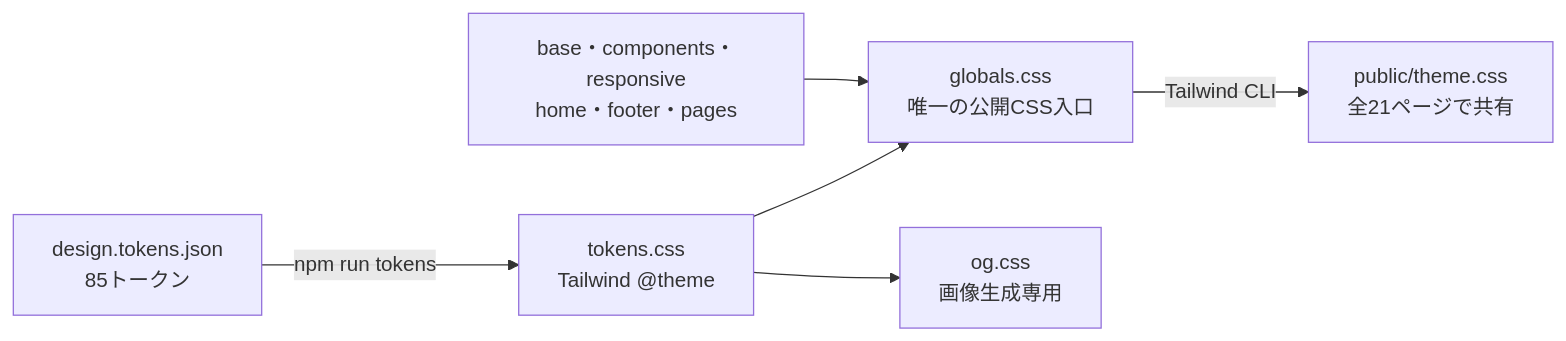
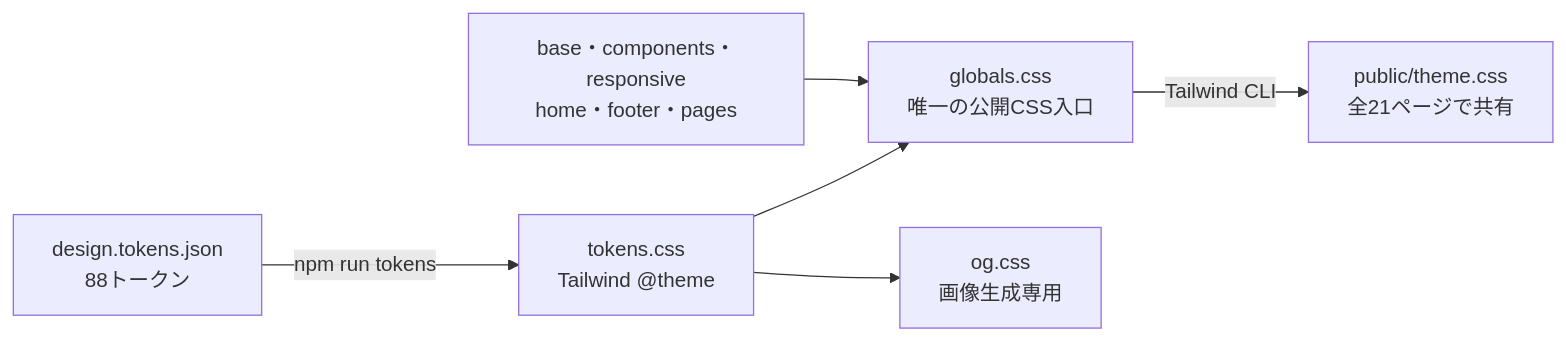
Before and after one commit to bright-broom/tsumugi: the second of 4 diagrams in docs/development.md, drawn with Mermaid. The commit also changed 46 other files, not shown here.

````diff
--- a/docs/development.md
+++ b/docs/development.md
@@ -45,8 +45,8 @@
 ```mermaid
 flowchart LR
-  json["design.tokens.json<br/>85トークン"] -->|npm run tokens| tcss["tokens.css<br/>Tailwind @theme"]
+  json["design.tokens.json<br/>88トークン"] -->|npm run tokens| tcss["tokens.css<br/>Tailwind @theme"]
   tcss --> entry["globals.css<br/>唯一の公開CSS入口"]
   parts["base・components・responsive<br/>home・footer・pages"] --> entry
   entry -->|Tailwind CLI| theme["public/theme.css<br/>全21ページで共有"]
   tcss --> og["og.css<br/>画像生成専用"]
 ```
````
